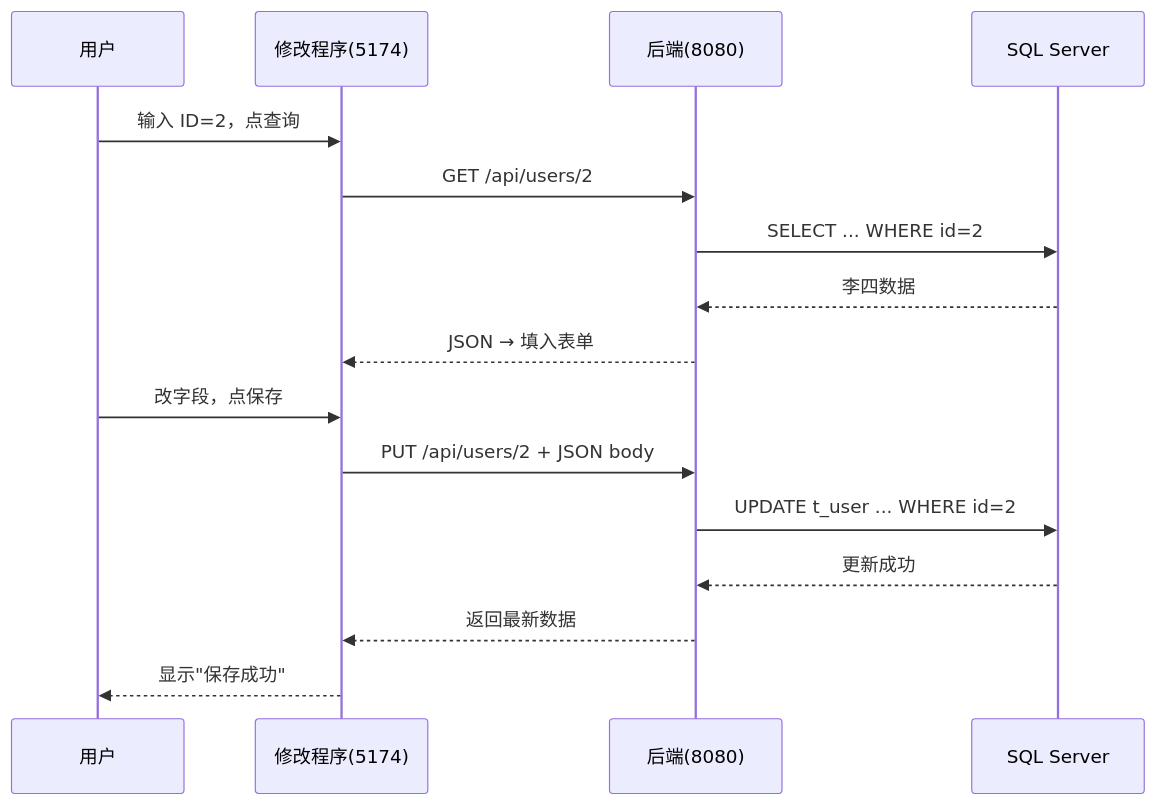
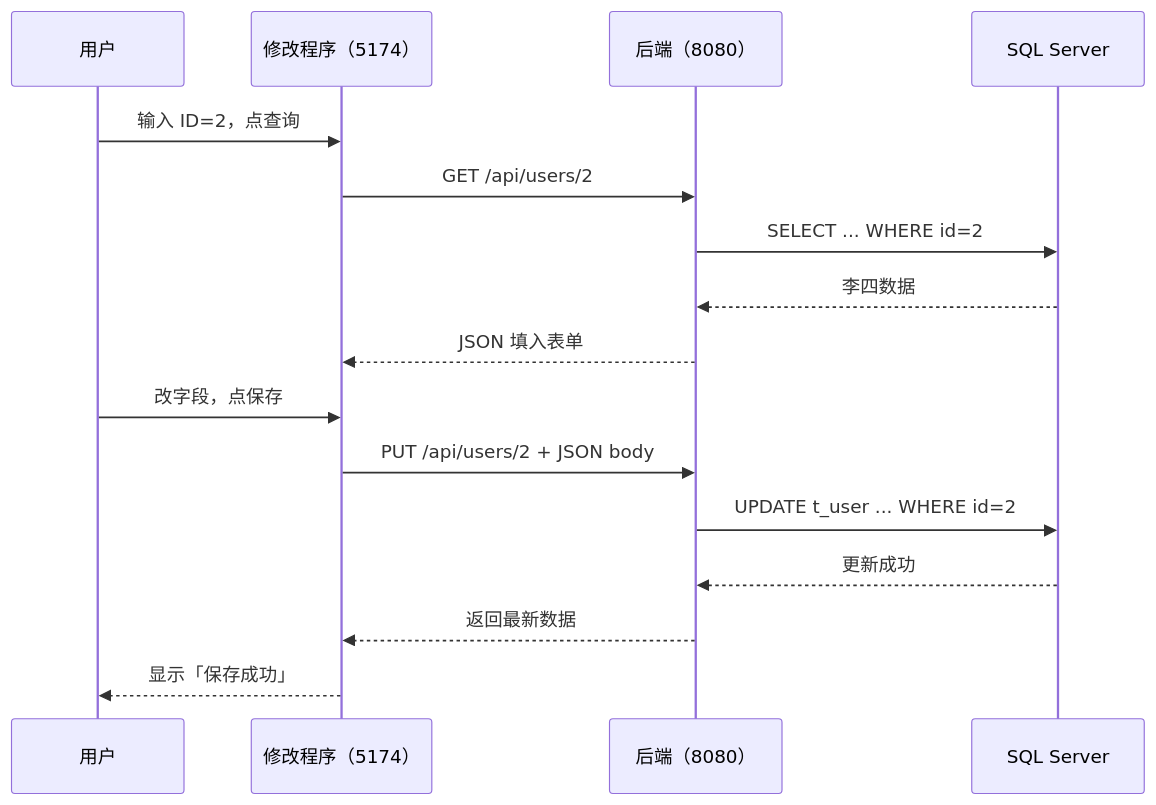
One commit to zerioo1970/summary changed the sixth of 6 diagrams in react19-springboot-mybatisflex-tutorial/10-React19修改程序.md. Above: the diagram before and after it, drawn with Mermaid.

Commit message:
fix: 修复第10章 Mermaid 时序图在 GitHub 无法渲染的问题
- 参与者别名的半角括号 (5174)/(8080) 改为全角括号，避免被解析器当作语法分组
- 消息文本内的英文双引号改为中文引号「」
- 为「用户」参与者补充英文 ID 别名，规避 CJK 标识符潜在解析问题
- 已用 mermaid.parse 校验通过 (diagramType=sequence)

````diff
--- a/react19-springboot-mybatisflex-tutorial/10-React19修改程序.md
+++ b/react19-springboot-mybatisflex-tutorial/10-React19修改程序.md
@@ -394,18 +394,18 @@
 ```mermaid
 sequenceDiagram
-    participant 用户
-    participant Edit as 修改程序(5174)
-    participant Boot as 后端(8080)
+    participant User as 用户
+    participant Edit as 修改程序（5174）
+    participant Boot as 后端（8080）
     participant DB as SQL Server
-    用户->>Edit: 输入 ID=2，点查询
+    User->>Edit: 输入 ID=2，点查询
     Edit->>Boot: GET /api/users/2
     Boot->>DB: SELECT ... WHERE id=2
     DB-->>Boot: 李四数据
-    Boot-->>Edit: JSON → 填入表单
-    用户->>Edit: 改字段，点保存
+    Boot-->>Edit: JSON 填入表单
+    User->>Edit: 改字段，点保存
     Edit->>Boot: PUT /api/users/2 + JSON body
     Boot->>DB: UPDATE t_user ... WHERE id=2
     DB-->>Boot: 更新成功
     Boot-->>Edit: 返回最新数据
-    Edit-->>用户: 显示"保存成功"
+    Edit-->>User: 显示「保存成功」
 ```
````
